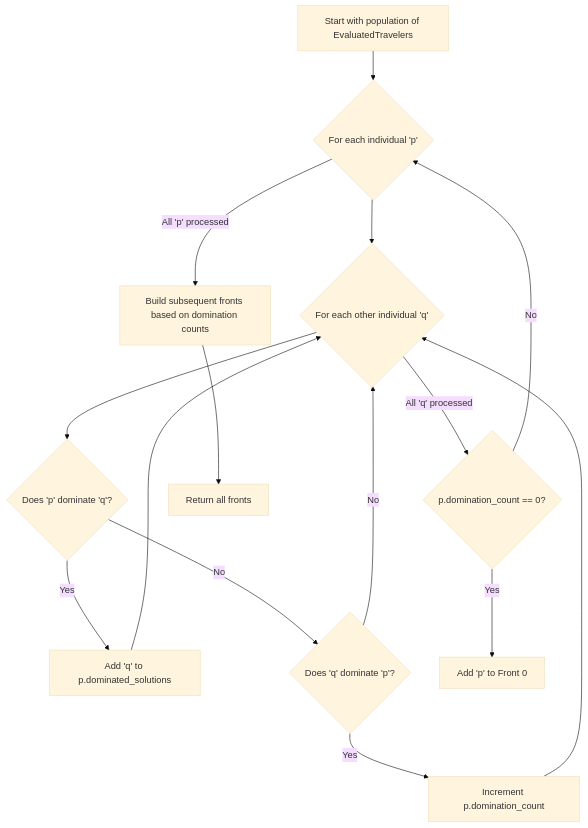
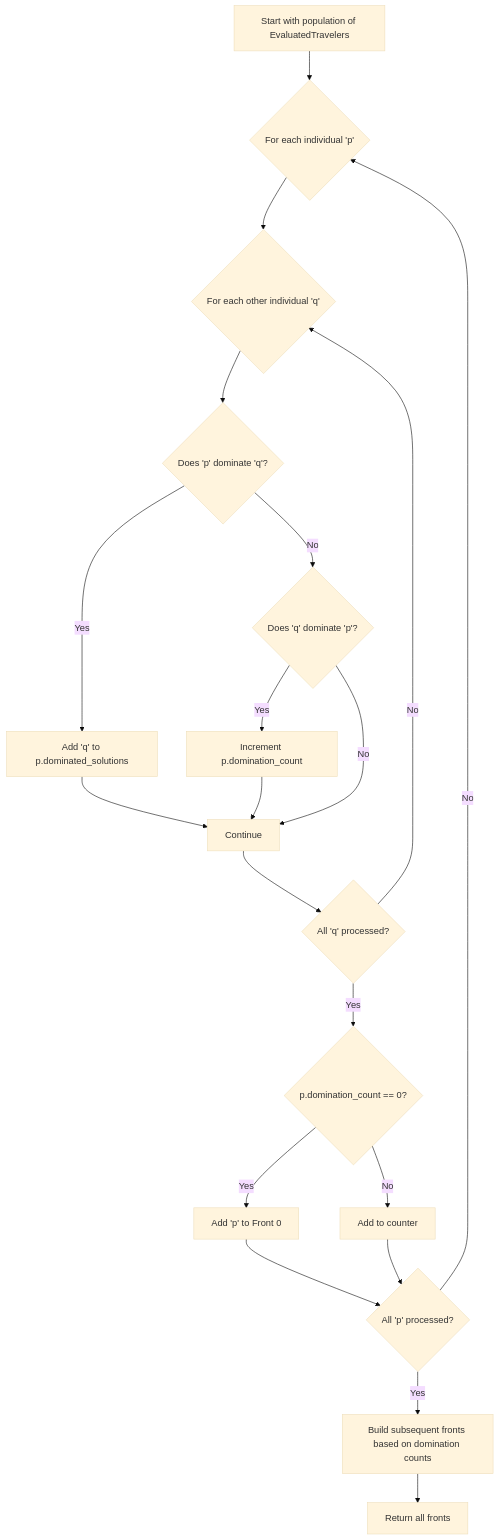
One commit to Keyhole-Koro/snackTraveler changed the third of 3 diagrams in evaluation/README.md. Above: the diagram before and after it, drawn with Mermaid (base theme). The commit also changed 2 other files, not shown here.

Commit message:
fix: Update flow diagrams in README files for clarity and consistency

````diff
--- a/evaluation/README.md
+++ b/evaluation/README.md
@@ -22,17 +22,22 @@
 ```mermaid
 graph TD
     A[Start with population of EvaluatedTravelers] --> B{For each individual 'p'};
     B --> C{For each other individual 'q'};
     C --> D{Does 'p' dominate 'q'?};
     D -- Yes --> E[Add 'q' to p.dominated_solutions];
     D -- No --> F{Does 'q' dominate 'p'?};
     F -- Yes --> G[Increment p.domination_count];
-    F -- No --> C;
-    G --> C;
-    E --> C;
-    C -- All 'q' processed --> H{p.domination_count == 0?};
-    H -- Yes --> I[Add 'p' to Front 0];
-    H -- No --> B;
-    B -- All 'p' processed --> J[Build subsequent fronts based on domination counts];
-    J --> K[Return all fronts];
+    F -- No --> H[Continue];
+    E --> H;
+    G --> H;
+    H --> I{All 'q' processed?};
+    I -- No --> C;
+    I -- Yes --> J{p.domination_count == 0?};
+    J -- Yes --> K[Add 'p' to Front 0];
+    J -- No --> L[Add to counter];
+    K --> M{All 'p' processed?};
+    L --> M;
+    M -- No --> B;
+    M -- Yes --> N[Build subsequent fronts based on domination counts];
+    N --> O[Return all fronts];
 ```
````
